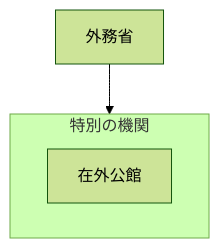
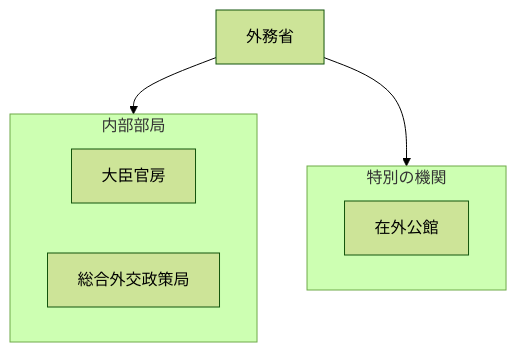
One commit to tatemaru/jp-admin-org-chart changed the diagram in 行政機構/外務省/README.md. Above: the diagram before and after it, drawn with Mermaid (forest theme). The commit also changed other lines of this file and 18 other files, not shown here.

````diff
--- a/行政機構/外務省/README.md
+++ b/行政機構/外務省/README.md
@@ -5,8 +5,13 @@
 ```mermaid
 flowchart TB
   root["外務省"]
-  subgraph g0["特別の機関"]
-    n0_0["在外公館"]
+  subgraph g0["内部部局"]
+    n0_0["大臣官房"]
+    n0_1["総合外交政策局"]
   end
   root --> g0
+  subgraph g1["特別の機関"]
+    n1_0["在外公館"]
+  end
+  root --> g1
 ```
````
